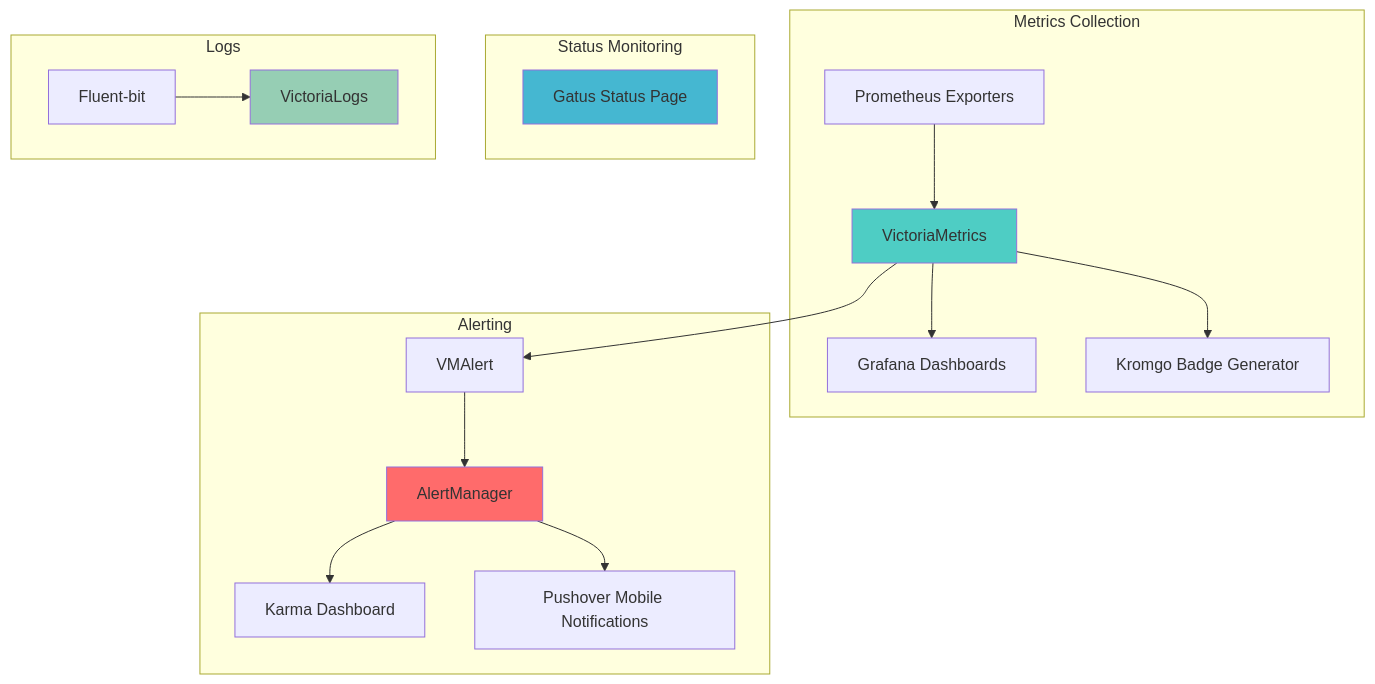
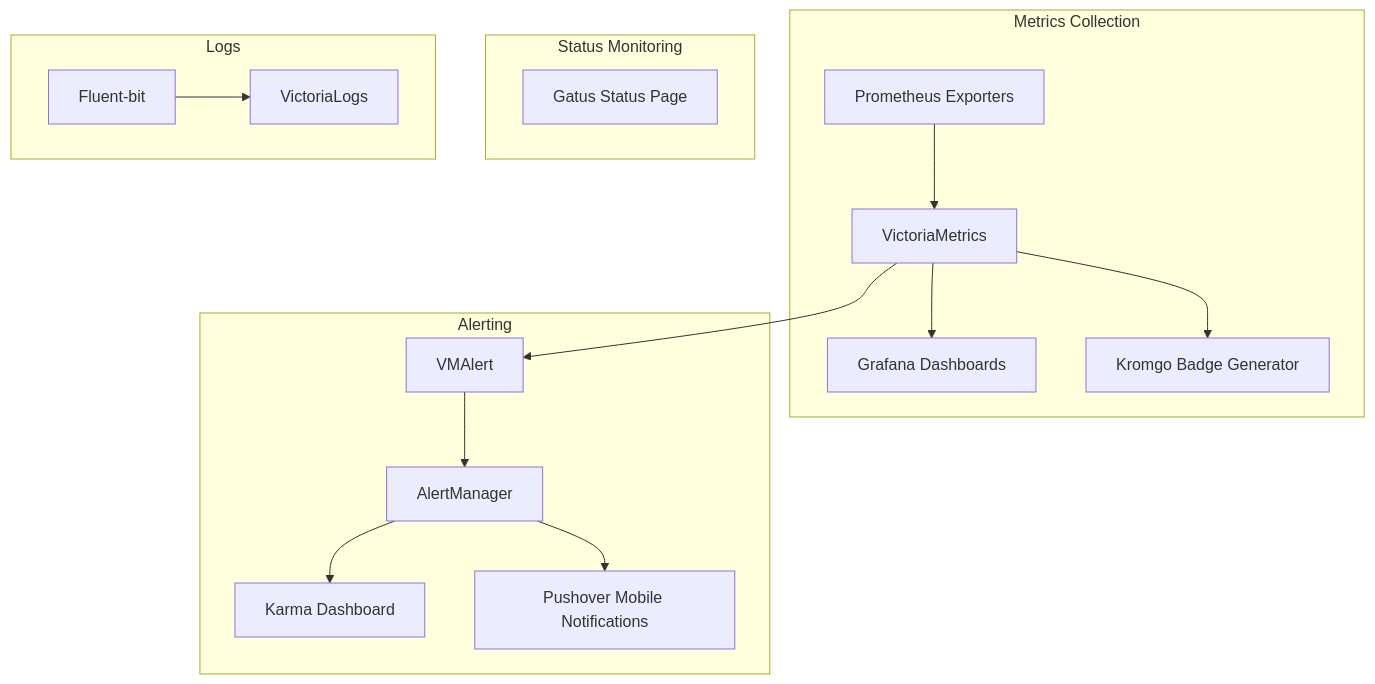
Before and after one commit to tscibilia/home-ops: the diagram in docs/operations/observability.md, drawn with Mermaid. The commit also changed 9 other files, not shown here.

````diff
--- a/docs/operations/observability.md
+++ b/docs/operations/observability.md
@@ -9,39 +9,34 @@
 ```mermaid
 graph TB
     subgraph "Metrics Collection"
         VM[VictoriaMetrics]
         Exporters[Prometheus Exporters]
         Grafana[Grafana Dashboards]
         Kromgo[Kromgo Badge Generator]
     end
 
     subgraph "Alerting"
         VMAlert[VMAlert]
         AM[AlertManager]
         Karma[Karma Dashboard]
         Pushover[Pushover Mobile Notifications]
     end
 
     subgraph "Status Monitoring"
         Gatus[Gatus Status Page]
     end
 
     subgraph "Logs"
         FluentBit[Fluent-bit]
         VLogs[VictoriaLogs]
     end
 
     Exporters --> VM
     VM --> Grafana
     VM --> Kromgo
     VM --> VMAlert
     VMAlert --> AM
     AM --> Karma
     AM --> Pushover
     FluentBit --> VLogs
-
-    style VM fill:#4ecdc4
-    style AM fill:#ff6b6b
-    style Gatus fill:#45b7d1
-    style VLogs fill:#96ceb4
 ```
````
